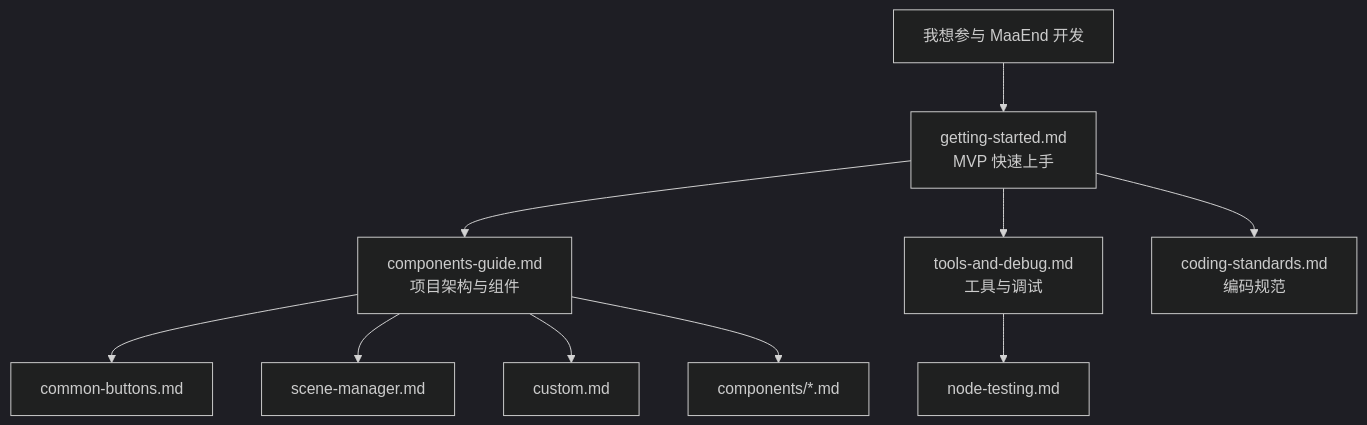
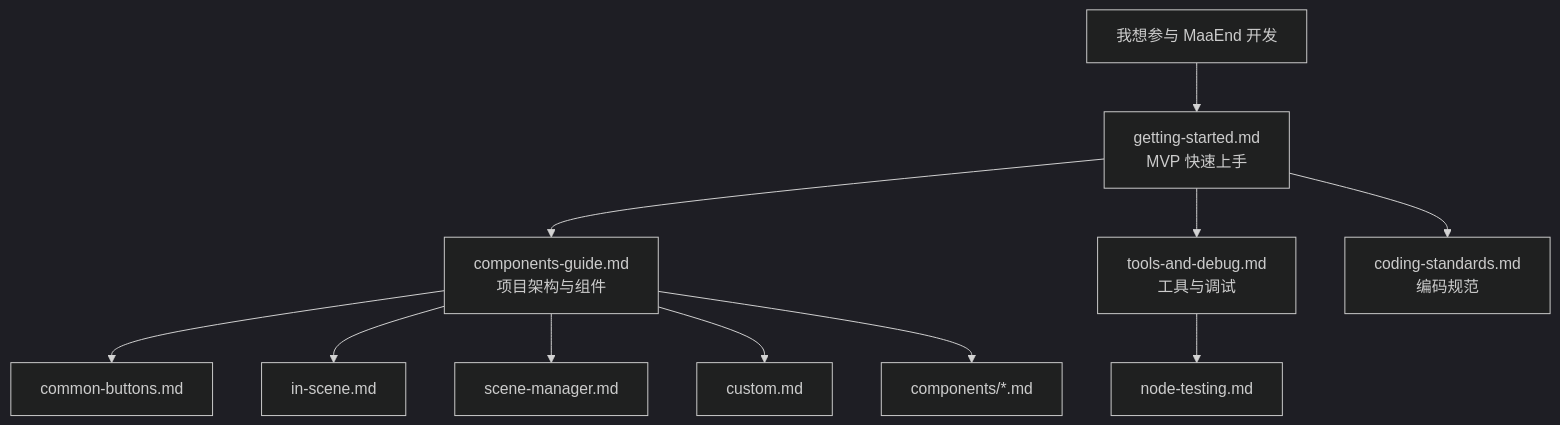
One commit to ocsin1/MaaEnd changed the diagram in docs/zh_cn/developers/README.md. Above: the diagram before and after it, drawn with Mermaid (dark theme). The commit also changed other lines of this file and 38 other files, not shown here.

````diff
--- a/docs/zh_cn/developers/README.md
+++ b/docs/zh_cn/developers/README.md
@@ -7,12 +7,13 @@
 ```mermaid
 flowchart TD
     Start["我想参与 MaaEnd 开发"] --> Tutorial["getting-started.md\nMVP 快速上手"]
     Tutorial --> Components["components-guide.md\n项目架构与组件"]
     Tutorial --> Tools["tools-and-debug.md\n工具与调试"]
     Tutorial --> Standards["coding-standards.md\n编码规范"]
     Components --> CB["common-buttons.md"]
+    Components --> SI["in-scene.md"]
     Components --> SM["scene-manager.md"]
     Components --> CU["custom.md"]
     Components --> Comps["components/*.md"]
     Tools --> NT["node-testing.md"]
 ```
````
